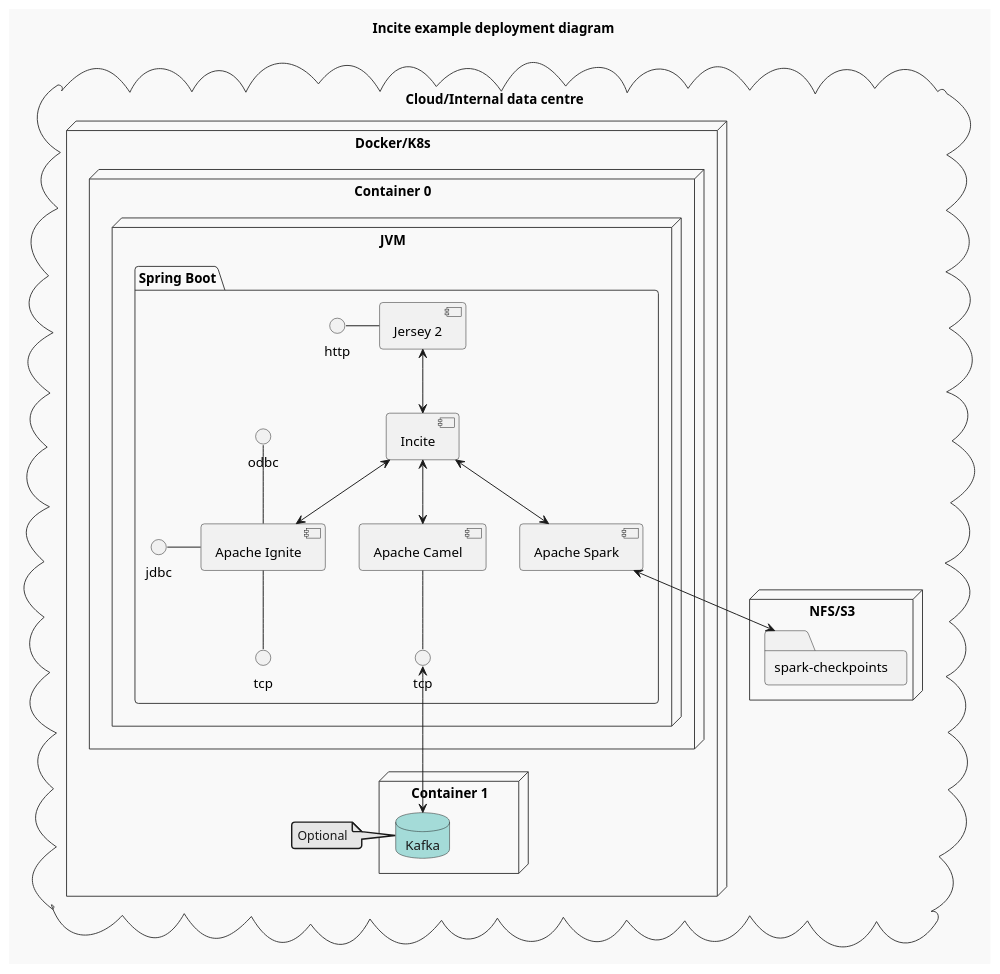
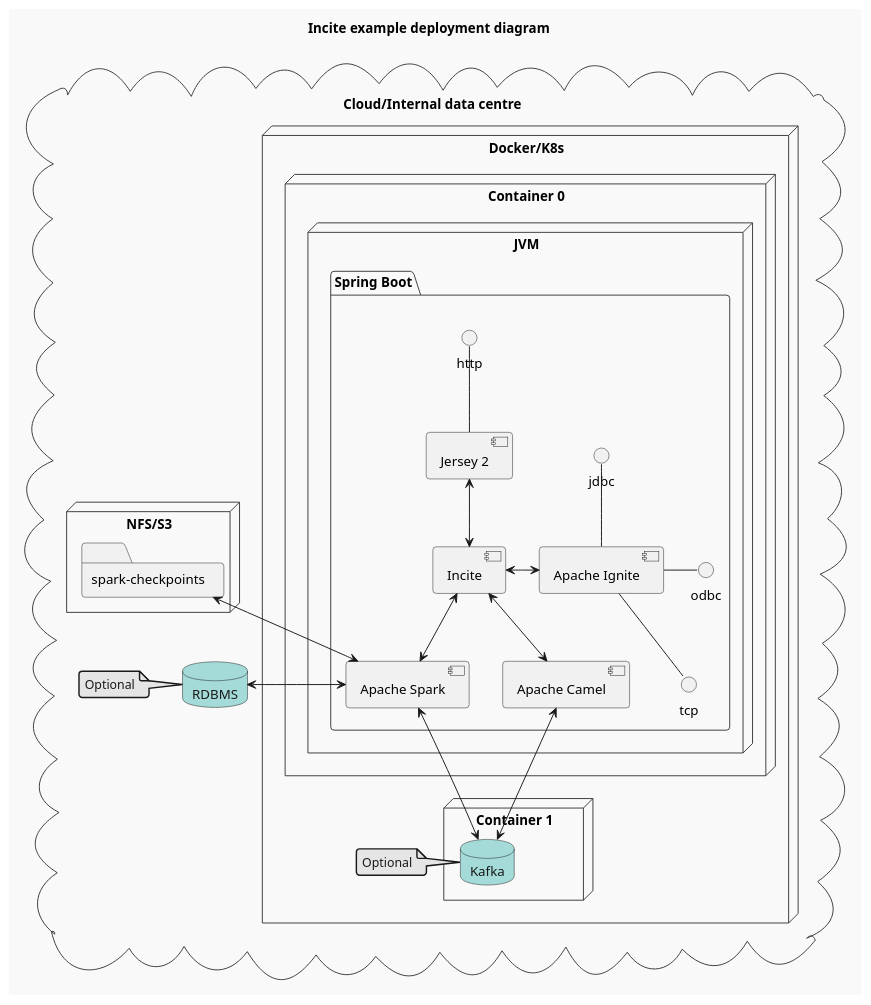
The diagram in deployment_diagram.puml (Stiggy-C/incite), drawn with PlantUML before and after one commit. The commit also changed 42 other files, not shown here.

```diff
--- a/deployment_diagram.puml
+++ b/deployment_diagram.puml
@@ -1,51 +1,55 @@
 @startuml
 'https://plantuml.com/deployment-diagram
 
 !theme mars
 
 title "Incite example deployment diagram"
 
 cloud "Cloud/Internal data centre" {
 
     node "Docker/K8s" {
         node "Container 0" {
             node "JVM" {
                 package "Spring Boot" {
                     component "Apache Camel" as camel
                     component "Apache Ignite" as ignite
                     component "Apache Spark" as spark
                     component "Incite" as incite
                     component "Jersey 2" as jersey2
 
                     interface "tcp" as tcp0
-                    interface "tcp" as tcp1
 
-                   http - jersey2
+                   http -- jersey2
                    jersey2 <--> incite
                    incite <--> camel
-                   incite <--> ignite
+                   incite <-right-> ignite
                    incite <--> spark
 
-                   jdbc -right- ignite
-                   odbc -down- ignite
+                   jdbc -- ignite
+                   odbc -left- ignite
                    tcp0 -up- ignite
-                   tcp1 -up- camel
                 }
             }
         }
 
         node "Container 1" {
             database "Kafka" as kafka
         }
 
-        note right of kafka: Optional
+        note left of kafka: Optional
     }
+
+    database "RDBMS" as rdbms
+
+    note left of rdbms: Optional
 
     node "NFS/S3" {
         folder "spark-checkpoints" as sparkCheckPointsFolder
     }
 
-    spark <--> sparkCheckPointsFolder
-    tcp1 <--> kafka
+    camel <--> kafka
+    spark <-up-> sparkCheckPointsFolder
+    spark <--> kafka
+    spark <-left-> rdbms
 }
 @enduml
```
